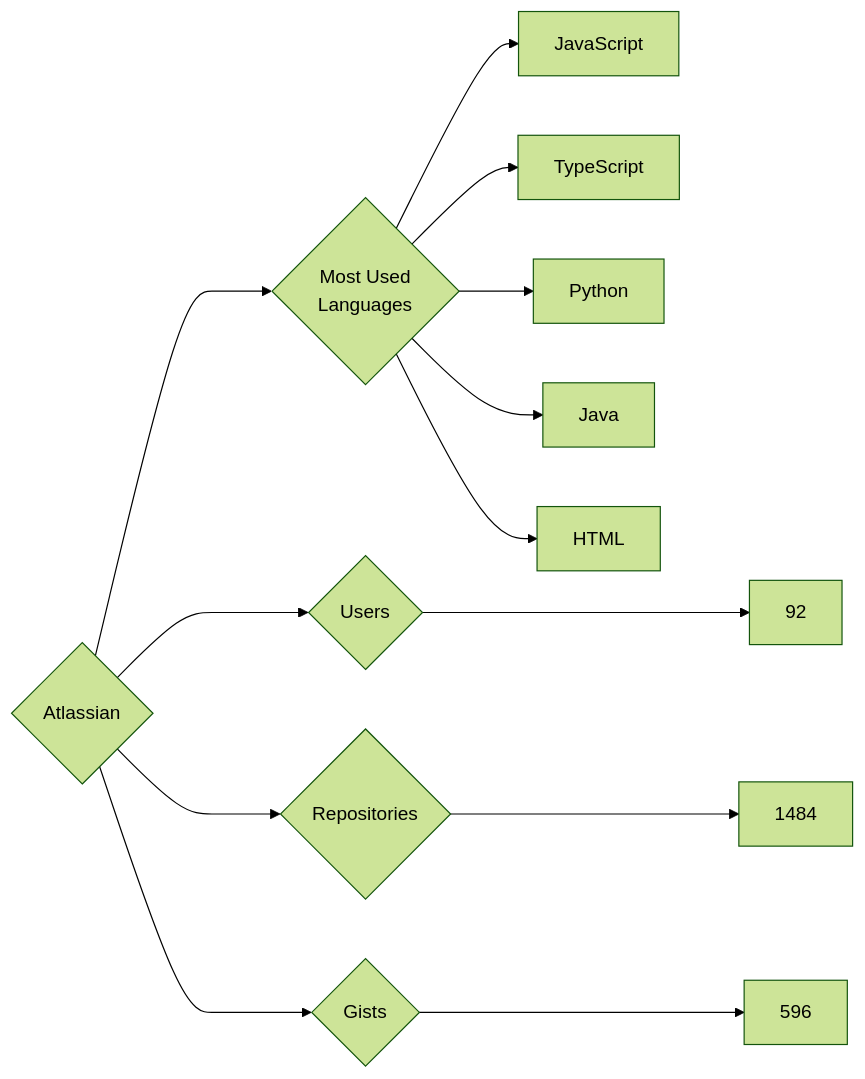
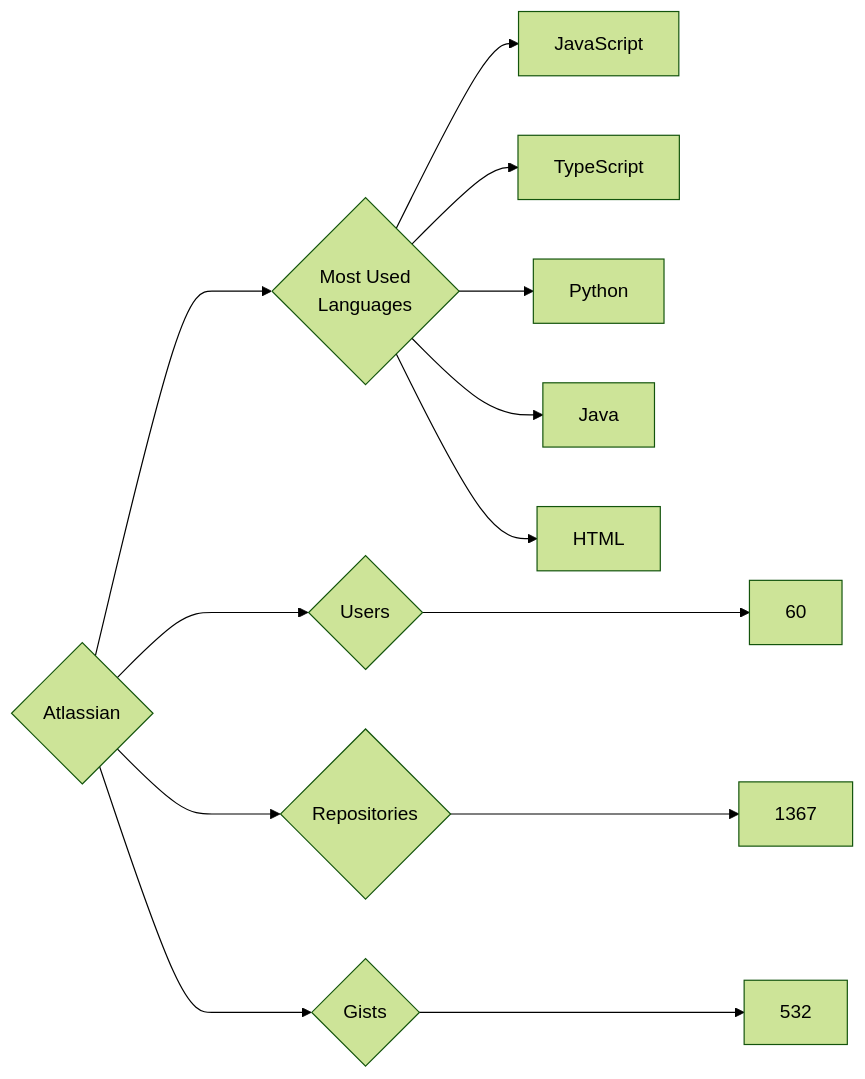
The diagram in targets/Atlassian/README.md (trickest/insiders), drawn with Mermaid (forest theme) before and after one commit. The commit also changed 757 other files, not shown here.

````diff
--- a/targets/Atlassian/README.md
+++ b/targets/Atlassian/README.md
@@ -3,13 +3,13 @@
 ```mermaid
 graph LR
 COMPANY_NAME{Atlassian}
-COMPANY_NAME ---> U{Users} ---> UN[92]
-COMPANY_NAME ---> R{Repositories} ---> RN[1484]
-COMPANY_NAME ---> G{Gists} ---> GN[596]
+COMPANY_NAME ---> U{Users} ---> UN[60]
+COMPANY_NAME ---> R{Repositories} ---> RN[1367]
+COMPANY_NAME ---> G{Gists} ---> GN[532]
 COMPANY_NAME ---> ML{Most Used<br>Languages}
 ML --> JavaScript[JavaScript]
 ML --> TypeScript[TypeScript]
 ML --> Python[Python]
 ML --> Java[Java]
 ML --> HTML[HTML]
 ```
````
